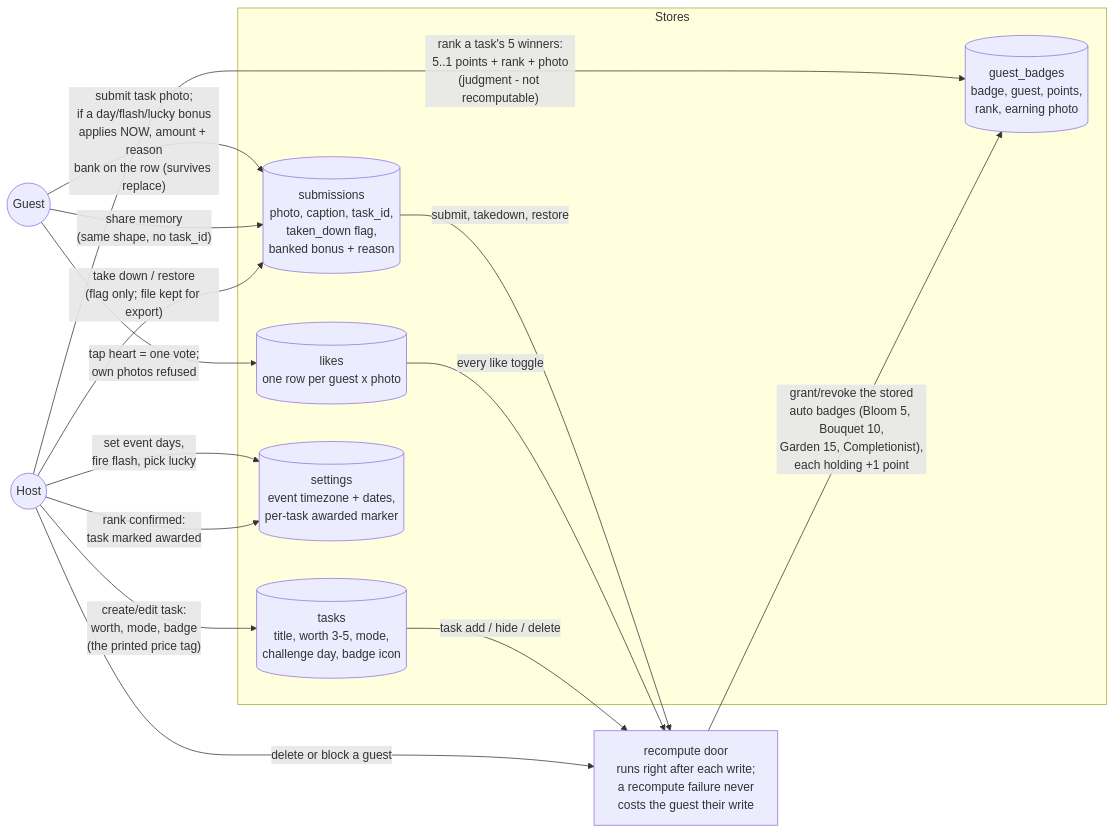
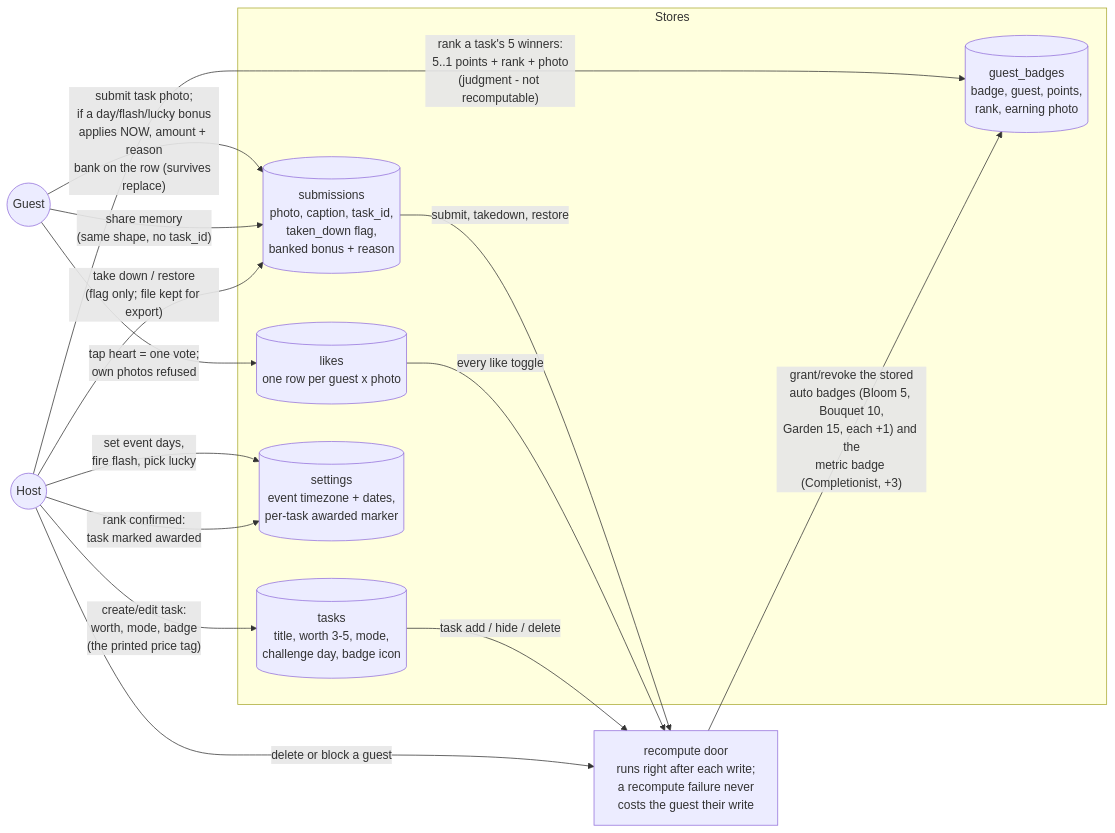
The first of 4 diagrams in docs/game-design-points-badges.md (TrevorHumble/TaskMasterWedding), drawn with Mermaid before and after one commit. The commit also changed other lines of this file and 20 other files, not shown here.

First line of the commit message:
feat(scoring): Completionist badge pays 3 points (#1105)

````diff
--- a/docs/game-design-points-badges.md
+++ b/docs/game-design-points-badges.md
@@ -215,31 +218,31 @@
 ```mermaid
 flowchart LR
   Guest((Guest))
   Host((Host))
 
   subgraph Stores
     T[("tasks<br/>title, worth 3-5, mode,<br/>challenge day, badge icon")]
     S[("submissions<br/>photo, caption, task_id,<br/>taken_down flag,<br/>banked bonus + reason")]
     L[("likes<br/>one row per guest x photo")]
     GB[("guest_badges<br/>badge, guest, points,<br/>rank, earning photo")]
     ST[("settings<br/>event timezone + dates,<br/>per-task awarded marker")]
   end
 
   R["recompute door<br/>runs right after each write;<br/>a recompute failure never<br/>costs the guest their write"]
 
   Guest -- "submit task photo;<br/>if a day/flash/lucky bonus<br/>applies NOW, amount + reason<br/>bank on the row (survives replace)" --> S
   Guest -- "share memory<br/>(same shape, no task_id)" --> S
   Guest -- "tap heart = one vote;<br/>own photos refused" --> L
   Host -- "create/edit task:<br/>worth, mode, badge<br/>(the printed price tag)" --> T
   Host -- "set event days,<br/>fire flash, pick lucky" --> ST
   Host -- "rank a task's 5 winners:<br/>5..1 points + rank + photo<br/>(judgment - not recomputable)" --> GB
   Host -- "rank confirmed:<br/>task marked awarded" --> ST
   Host -- "take down / restore<br/>(flag only; file kept for export)" --> S
 
   S -- "submit, takedown, restore" --> R
   L -- "every like toggle" --> R
   T -- "task add / hide / delete" --> R
   Host -- "delete or block a guest" --> R
 
-  R -- "grant/revoke the stored<br/>auto badges (Bloom 5, Bouquet 10,<br/>Garden 15, Completionist),<br/>each holding +1 point" --> GB
+  R -- "grant/revoke the stored<br/>auto badges (Bloom 5, Bouquet 10,<br/>Garden 15, each +1) and the<br/>metric badge (Completionist, +3)" --> GB
 ```
````
